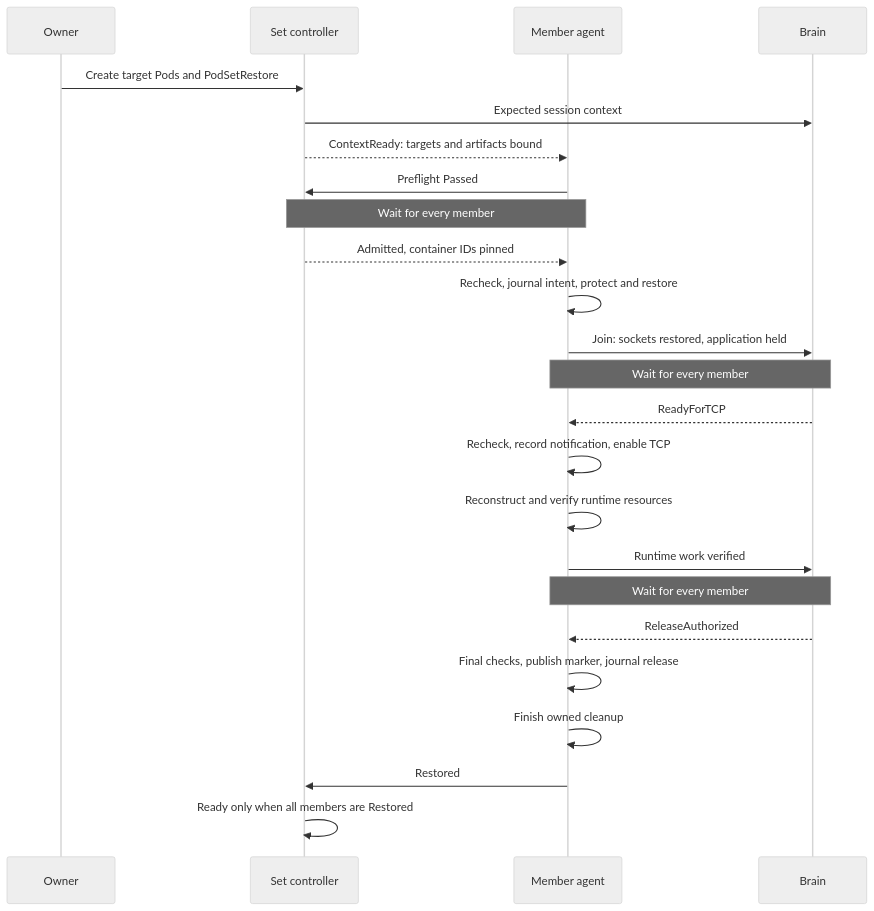
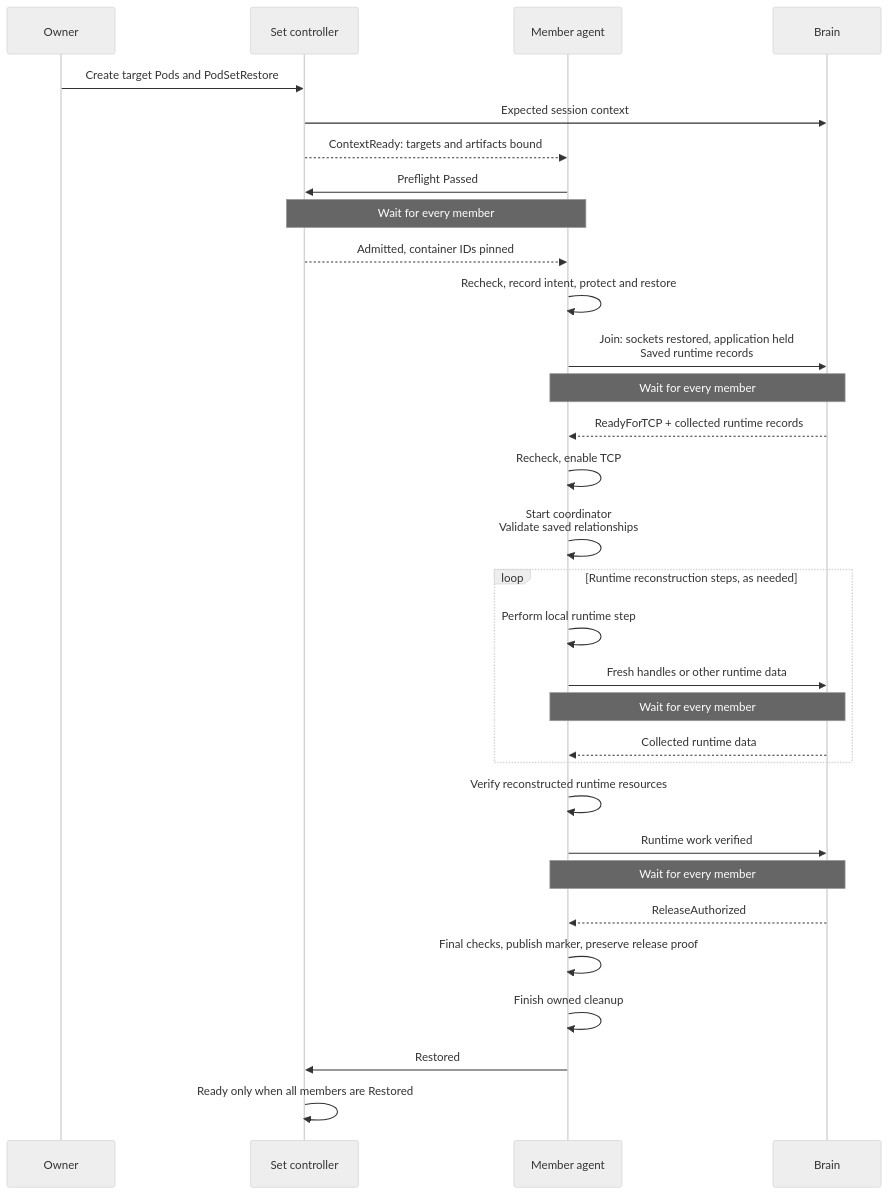
One commit to ai-dynamo/snapshot changed the third of 5 diagrams in docs/proposals/324-multi-pod-snapshot-restore/README.md. Above: the diagram before and after it, drawn with Mermaid (neutral theme). The commit also changed other lines of this file, not shown here.

````diff
--- a/docs/proposals/324-multi-pod-snapshot-restore/README.md
+++ b/docs/proposals/324-multi-pod-snapshot-restore/README.md
@@ -384,26 +413,33 @@
 ```mermaid
 sequenceDiagram
     participant O as Owner
     participant C as Set controller
     participant A as Member agent
     participant B as Brain
     O->>C: Create target Pods and PodSetRestore
     C->>B: Expected session context
     C-->>A: ContextReady: targets and artifacts bound
     A->>C: Preflight Passed
     Note over C,A: Wait for every member
     C-->>A: Admitted, container IDs pinned
-    A->>A: Recheck, journal intent, protect and restore
-    A->>B: Join: sockets restored, application held
+    A->>A: Recheck, record intent, protect and restore
+    A->>B: Join: sockets restored, application held<br/>Saved runtime records
     Note over A,B: Wait for every member
-    B-->>A: ReadyForTCP
-    A->>A: Recheck, record notification, enable TCP
-    A->>A: Reconstruct and verify runtime resources
+    B-->>A: ReadyForTCP + collected runtime records
+    A->>A: Recheck, enable TCP
+    A->>A: Start coordinator<br/>Validate saved relationships
+    loop Runtime reconstruction steps, as needed
+        A->>A: Perform local runtime step
+        A->>B: Fresh handles or other runtime data
+        Note over A,B: Wait for every member
+        B-->>A: Collected runtime data
+    end
+    A->>A: Verify reconstructed runtime resources
     A->>B: Runtime work verified
     Note over A,B: Wait for every member
     B-->>A: ReleaseAuthorized
-    A->>A: Final checks, publish marker, journal release
+    A->>A: Final checks, publish marker, preserve release proof
     A->>A: Finish owned cleanup
     A->>C: Restored
     C->>C: Ready only when all members are Restored
 ```
````
